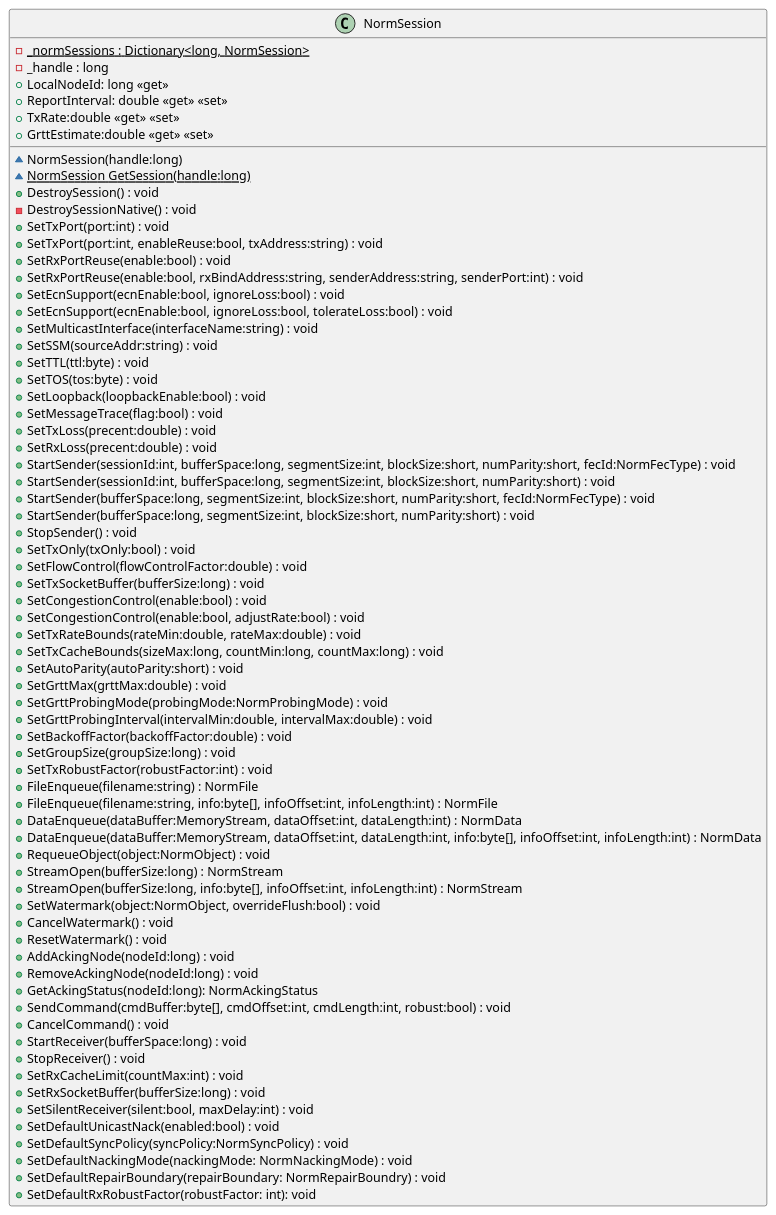
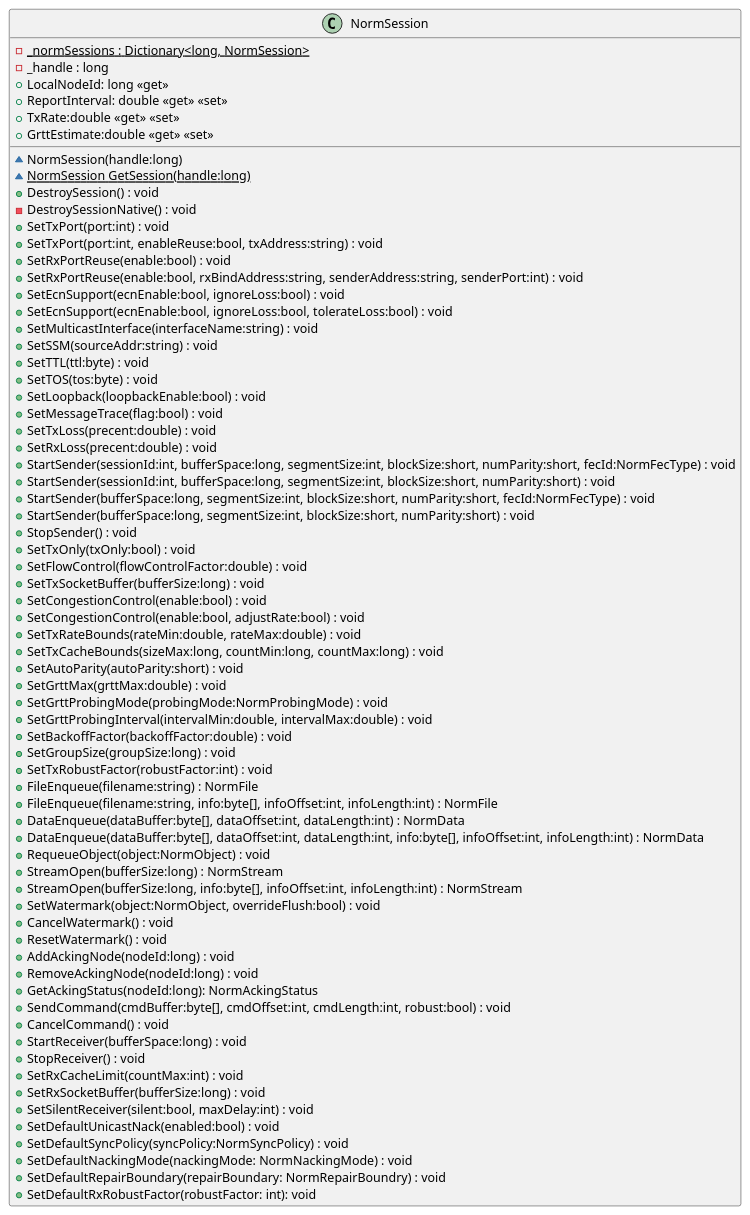
One commit to mullerj/norm changed the diagram in src/dotnet/design/Mil/Navy/Nrl/Norm/NormSession.puml. Above: the diagram before and after it, drawn with PlantUML. The commit also changed 1 other file, not shown here.

```diff
--- a/src/dotnet/design/Mil/Navy/Nrl/Norm/NormSession.puml
+++ b/src/dotnet/design/Mil/Navy/Nrl/Norm/NormSession.puml
@@ -1,72 +1,72 @@
 @startuml
 class NormSession {
     {static} -_normSessions : Dictionary<long, NormSession>
     - _handle : long
     ~ NormSession(handle:long)
     {static} ~ NormSession GetSession(handle:long)
     + DestroySession() : void
     - DestroySessionNative() : void
     + LocalNodeId: long <<get>>
     + SetTxPort(port:int) : void
     + SetTxPort(port:int, enableReuse:bool, txAddress:string) : void
     + SetRxPortReuse(enable:bool) : void
     + SetRxPortReuse(enable:bool, rxBindAddress:string, senderAddress:string, senderPort:int) : void
     + SetEcnSupport(ecnEnable:bool, ignoreLoss:bool) : void
     + SetEcnSupport(ecnEnable:bool, ignoreLoss:bool, tolerateLoss:bool) : void
     + SetMulticastInterface(interfaceName:string) : void
     + SetSSM(sourceAddr:string) : void
     + SetTTL(ttl:byte) : void
     + SetTOS(tos:byte) : void
     + SetLoopback(loopbackEnable:bool) : void
     + SetMessageTrace(flag:bool) : void
     + SetTxLoss(precent:double) : void
     + SetRxLoss(precent:double) : void
     + ReportInterval: double <<get>> <<set>>
     + StartSender(sessionId:int, bufferSpace:long, segmentSize:int, blockSize:short, numParity:short, fecId:NormFecType) : void
     + StartSender(sessionId:int, bufferSpace:long, segmentSize:int, blockSize:short, numParity:short) : void
     + StartSender(bufferSpace:long, segmentSize:int, blockSize:short, numParity:short, fecId:NormFecType) : void
     + StartSender(bufferSpace:long, segmentSize:int, blockSize:short, numParity:short) : void
     + StopSender() : void
     + SetTxOnly(txOnly:bool) : void
     + TxRate:double <<get>> <<set>>
     + SetFlowControl(flowControlFactor:double) : void
     + SetTxSocketBuffer(bufferSize:long) : void
     + SetCongestionControl(enable:bool) : void
     + SetCongestionControl(enable:bool, adjustRate:bool) : void
     + SetTxRateBounds(rateMin:double, rateMax:double) : void
     + SetTxCacheBounds(sizeMax:long, countMin:long, countMax:long) : void
     + SetAutoParity(autoParity:short) : void
     + GrttEstimate:double <<get>> <<set>>
     + SetGrttMax(grttMax:double) : void
     + SetGrttProbingMode(probingMode:NormProbingMode) : void
     + SetGrttProbingInterval(intervalMin:double, intervalMax:double) : void
     + SetBackoffFactor(backoffFactor:double) : void
     + SetGroupSize(groupSize:long) : void
     + SetTxRobustFactor(robustFactor:int) : void
     + FileEnqueue(filename:string) : NormFile
     + FileEnqueue(filename:string, info:byte[], infoOffset:int, infoLength:int) : NormFile
-    + DataEnqueue(dataBuffer:MemoryStream, dataOffset:int, dataLength:int) : NormData
-    + DataEnqueue(dataBuffer:MemoryStream, dataOffset:int, dataLength:int, info:byte[], infoOffset:int, infoLength:int) : NormData
+    + DataEnqueue(dataBuffer:byte[], dataOffset:int, dataLength:int) : NormData
+    + DataEnqueue(dataBuffer:byte[], dataOffset:int, dataLength:int, info:byte[], infoOffset:int, infoLength:int) : NormData
     + RequeueObject(object:NormObject) : void
     + StreamOpen(bufferSize:long) : NormStream
     + StreamOpen(bufferSize:long, info:byte[], infoOffset:int, infoLength:int) : NormStream
     + SetWatermark(object:NormObject, overrideFlush:bool) : void
     + CancelWatermark() : void
     + ResetWatermark() : void
     + AddAckingNode(nodeId:long) : void
     + RemoveAckingNode(nodeId:long) : void
     + GetAckingStatus(nodeId:long): NormAckingStatus
     + SendCommand(cmdBuffer:byte[], cmdOffset:int, cmdLength:int, robust:bool) : void
     + CancelCommand() : void
     + StartReceiver(bufferSpace:long) : void
     + StopReceiver() : void
     + SetRxCacheLimit(countMax:int) : void
     + SetRxSocketBuffer(bufferSize:long) : void
     + SetSilentReceiver(silent:bool, maxDelay:int) : void
     + SetDefaultUnicastNack(enabled:bool) : void
     + SetDefaultSyncPolicy(syncPolicy:NormSyncPolicy) : void
     + SetDefaultNackingMode(nackingMode: NormNackingMode) : void
     + SetDefaultRepairBoundary(repairBoundary: NormRepairBoundry) : void
     + SetDefaultRxRobustFactor(robustFactor: int): void
 }
 @enduml
```
